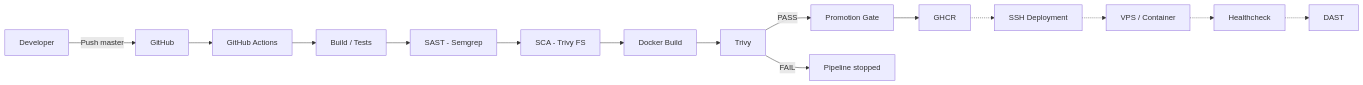
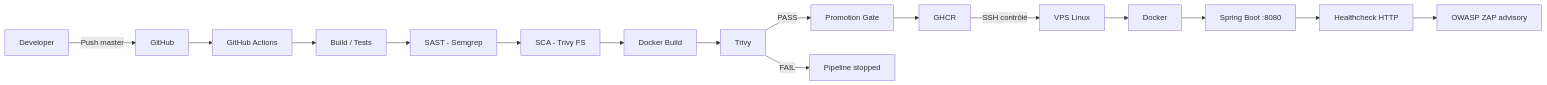
One commit to idriss-eliguene/test-technique-africfinance changed the first of 2 diagrams in README.md. Above: the diagram before and after it, drawn with Mermaid. The commit also changed other lines of this file and 3 other files, not shown here.

````diff
--- a/README.md
+++ b/README.md
@@ -28,17 +27,18 @@
 ```mermaid
 flowchart LR
     DEV[Developer] -->|Push master| GH[GitHub]
     GH --> CI[GitHub Actions]
     CI --> TEST[Build / Tests]
     TEST --> SAST[SAST - Semgrep]
     SAST --> SCA[SCA - Trivy FS]
     SCA --> BUILD[Docker Build]
     BUILD --> TRIVY[Trivy]
     TRIVY -->|PASS| GATE[Promotion Gate]
     TRIVY -->|FAIL| STOP[Pipeline stopped]
     GATE --> REG[GHCR]
-    REG -.-> SSH[SSH Deployment]
-    SSH -.-> VPS[VPS / Container]
-    VPS -.-> HC[Healthcheck]
-    HC -.-> DAST[DAST]
+    REG -->|SSH contrôlé| VPS[VPS Linux]
+    VPS --> DOCKER[Docker]
+    DOCKER --> APP[Spring Boot :8080]
+    APP --> HC[Healthcheck HTTP]
+    HC --> DAST[OWASP ZAP advisory]
 ```
````
